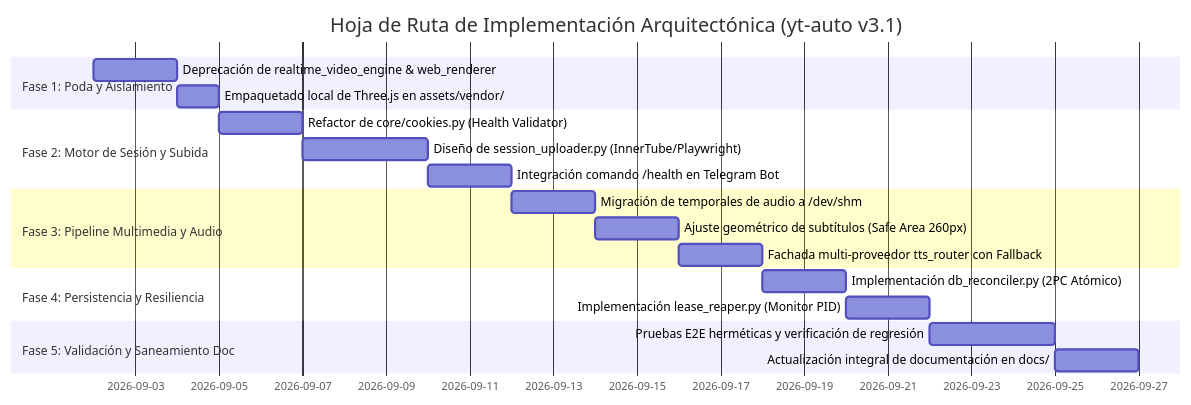
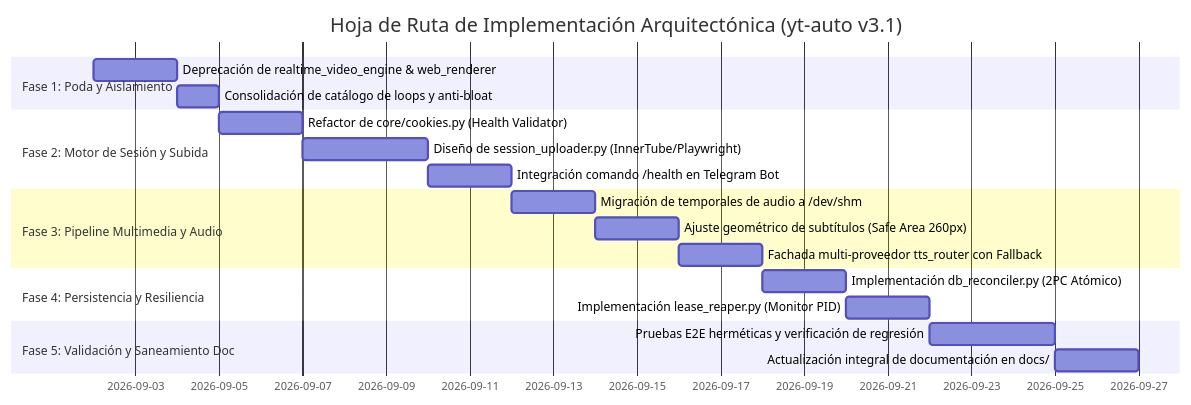
One commit to soyaelithia-ui/yt-auto changed the second of 2 diagrams in docs/PLAN_ARQUITECTURA_V3_1.md. Above: the diagram before and after it, drawn with Mermaid. The commit also changed other lines of this file and 41 other files, not shown here.

````diff
--- a/docs/PLAN_ARQUITECTURA_V3_1.md
+++ b/docs/PLAN_ARQUITECTURA_V3_1.md
@@ -250,22 +250,22 @@
 ```mermaid
 gantt
     title Hoja de Ruta de Implementación Arquitectónica (yt-auto v3.1)
     dateFormat  YYYY-MM-DD
     section Fase 1: Poda y Aislamiento
     Deprecación de realtime_video_engine & web_renderer :f1_1, 2026-09-02, 2d
-    Empaquetado local de Three.js en assets/vendor/     :f1_2, after f1_1, 1d
+    Consolidación de catálogo de loops y anti-bloat     :f1_2, after f1_1, 1d
     section Fase 2: Motor de Sesión y Subida
     Refactor de core/cookies.py (Health Validator)      :f2_1, after f1_2, 2d
     Diseño de session_uploader.py (InnerTube/Playwright):f2_2, after f2_1, 3d
     Integración comando /health en Telegram Bot         :f2_3, after f2_2, 2d
     section Fase 3: Pipeline Multimedia y Audio
     Migración de temporales de audio a /dev/shm         :f3_1, after f2_3, 2d
     Ajuste geométrico de subtítulos (Safe Area 260px)   :f3_2, after f3_1, 2d
     Fachada multi-proveedor tts_router con Fallback     :f3_3, after f3_2, 2d
     section Fase 4: Persistencia y Resiliencia
     Implementación db_reconciler.py (2PC Atómico)       :f4_1, after f3_3, 2d
     Implementación lease_reaper.py (Monitor PID)        :f4_2, after f4_1, 2d
     section Fase 5: Validación y Saneamiento Doc
     Pruebas E2E herméticas y verificación de regresión  :f5_1, after f4_2, 3d
     Actualización integral de documentación en docs/    :f5_2, after f5_1, 2d
 ```
````
